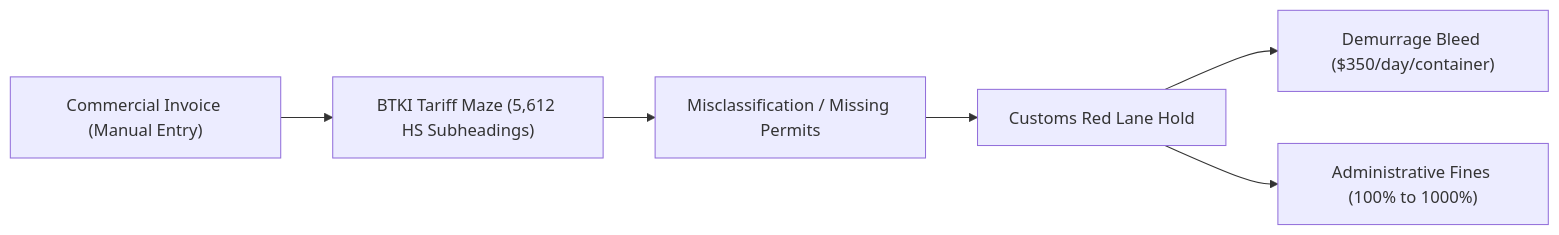
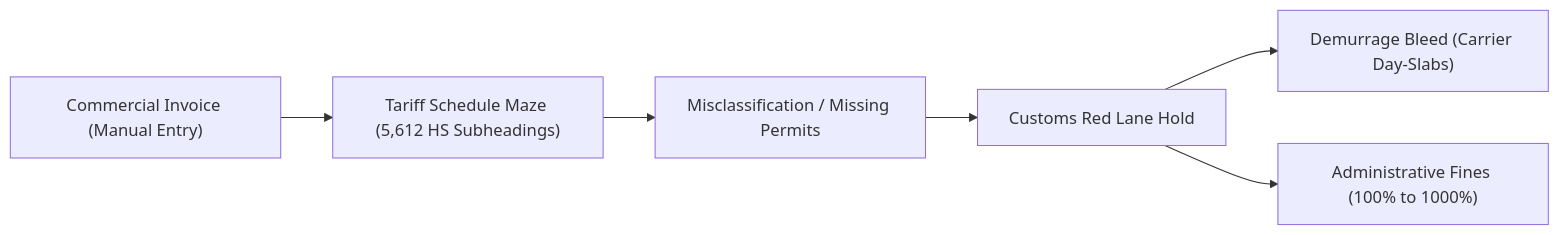
Before and after one commit to rafifmsn/customs-guard: the first of 2 diagrams in docs/problem_solution.md, drawn with Mermaid. The commit also changed other lines of this file and 27 other files, not shown here.

````diff
--- a/docs/problem_solution.md
+++ b/docs/problem_solution.md
@@ -23,8 +20,8 @@
 ```mermaid
 flowchart LR
-    A["Commercial Invoice (Manual Entry)"] --> B["BTKI Tariff Maze (5,612 HS Subheadings)"]
+    A["Commercial Invoice (Manual Entry)"] --> B["Tariff Schedule Maze (5,612 HS Subheadings)"]
     B --> C["Misclassification / Missing Permits"]
     C --> D["Customs Red Lane Hold"]
-    D --> E["Demurrage Bleed ($350/day/container)"]
+    D --> E["Demurrage Bleed (Carrier Day-Slabs)"]
     D --> F["Administrative Fines (100% to 1000%)"]
 ```
````
